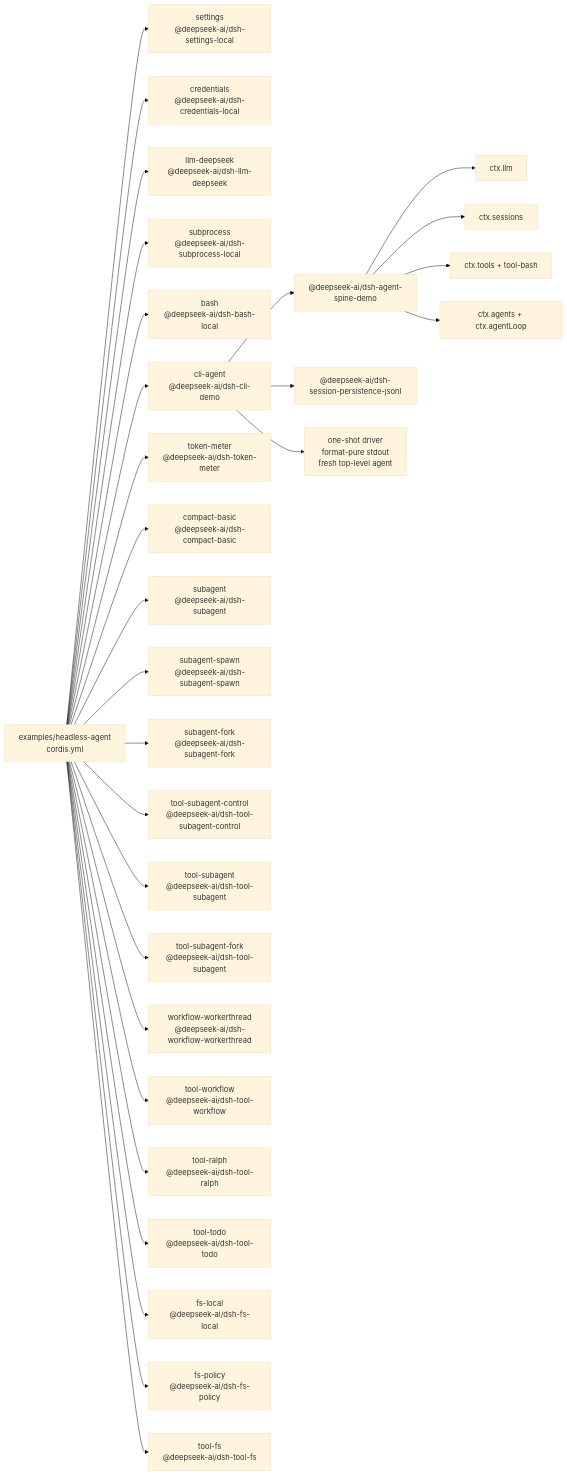
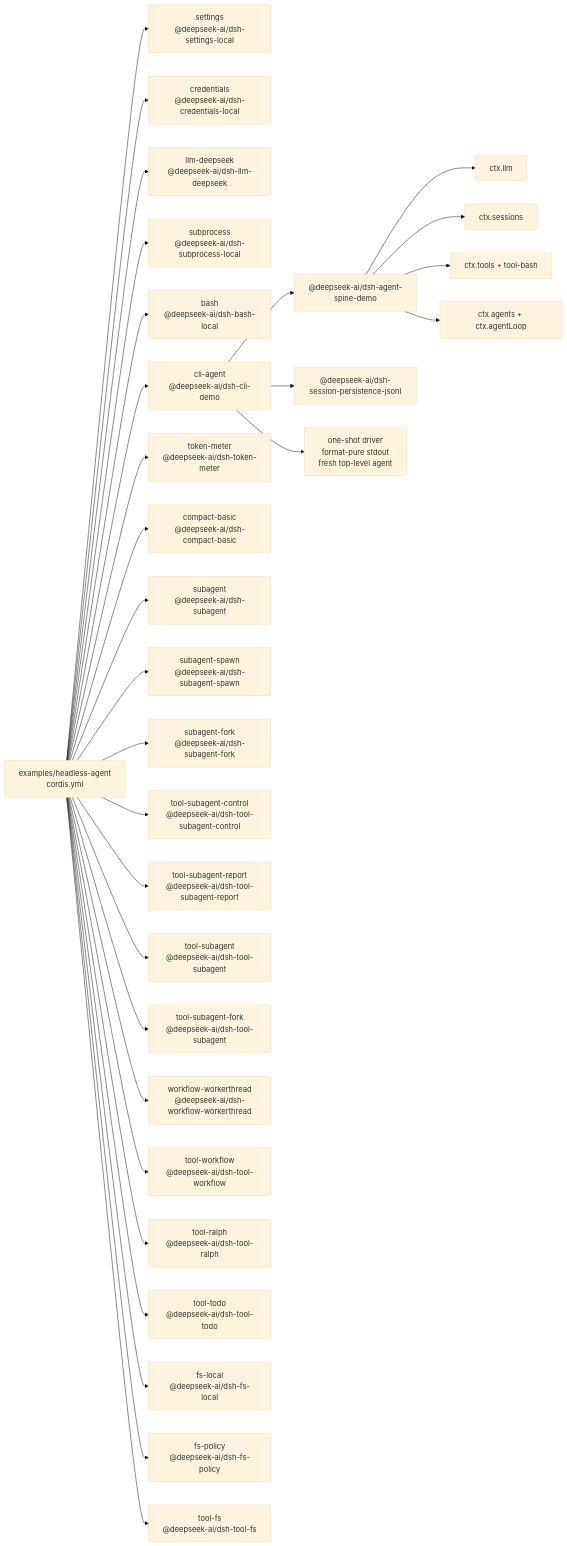
Before and after one commit to eru123/coco-harness: the diagram in examples/headless-agent/composition.md, drawn with Mermaid (base theme). The commit also changed other lines of this file and 388 other files, not shown here.

````diff
--- a/examples/headless-agent/composition.md
+++ b/examples/headless-agent/composition.md
@@ -8,53 +8,55 @@
 ```mermaid
 flowchart LR
   cfg["examples/headless-agent<br/>cordis.yml"]
   plugin_headless_settings["settings<br/>@deepseek-ai/dsh-settings-local"]
   cfg --> plugin_headless_settings
   plugin_headless_credentials["credentials<br/>@deepseek-ai/dsh-credentials-local"]
   cfg --> plugin_headless_credentials
   plugin_headless_llm_deepseek["llm-deepseek<br/>@deepseek-ai/dsh-llm-deepseek"]
   cfg --> plugin_headless_llm_deepseek
   plugin_headless_subprocess["subprocess<br/>@deepseek-ai/dsh-subprocess-local"]
   cfg --> plugin_headless_subprocess
   plugin_headless_bash["bash<br/>@deepseek-ai/dsh-bash-local"]
   cfg --> plugin_headless_bash
   plugin_headless_cli_agent["cli-agent<br/>@deepseek-ai/dsh-cli-demo"]
   cfg --> plugin_headless_cli_agent
   plugin_headless_cli_agent --> bundle_agent_core["@deepseek-ai/dsh-agent-spine-demo"]
   plugin_headless_cli_agent --> bundle_jsonl["@deepseek-ai/dsh-session-persistence-jsonl"]
   plugin_headless_cli_agent --> frontdoor_cli["one-shot driver<br/>format-pure stdout<br/>fresh top-level agent"]
   bundle_agent_core --> spine_llm["ctx.llm"]
   bundle_agent_core --> spine_sessions["ctx.sessions"]
   bundle_agent_core --> spine_tools["ctx.tools + tool-bash"]
   bundle_agent_core --> spine_loop["ctx.agents + ctx.agentLoop"]
   plugin_headless_token_meter["token-meter<br/>@deepseek-ai/dsh-token-meter"]
   cfg --> plugin_headless_token_meter
   plugin_headless_compact_basic["compact-basic<br/>@deepseek-ai/dsh-compact-basic"]
   cfg --> plugin_headless_compact_basic
   plugin_headless_subagent["subagent<br/>@deepseek-ai/dsh-subagent"]
   cfg --> plugin_headless_subagent
   plugin_headless_subagent_spawn["subagent-spawn<br/>@deepseek-ai/dsh-subagent-spawn"]
   cfg --> plugin_headless_subagent_spawn
   plugin_headless_subagent_fork["subagent-fork<br/>@deepseek-ai/dsh-subagent-fork"]
   cfg --> plugin_headless_subagent_fork
   plugin_headless_tool_subagent_control["tool-subagent-control<br/>@deepseek-ai/dsh-tool-subagent-control"]
   cfg --> plugin_headless_tool_subagent_control
+  plugin_headless_tool_subagent_report["tool-subagent-report<br/>@deepseek-ai/dsh-tool-subagent-report"]
+  cfg --> plugin_headless_tool_subagent_report
   plugin_headless_tool_subagent["tool-subagent<br/>@deepseek-ai/dsh-tool-subagent"]
   cfg --> plugin_headless_tool_subagent
   plugin_headless_tool_subagent_fork["tool-subagent-fork<br/>@deepseek-ai/dsh-tool-subagent"]
   cfg --> plugin_headless_tool_subagent_fork
   plugin_headless_workflow_workerthread["workflow-workerthread<br/>@deepseek-ai/dsh-workflow-workerthread"]
   cfg --> plugin_headless_workflow_workerthread
   plugin_headless_tool_workflow["tool-workflow<br/>@deepseek-ai/dsh-tool-workflow"]
   cfg --> plugin_headless_tool_workflow
   plugin_headless_tool_ralph["tool-ralph<br/>@deepseek-ai/dsh-tool-ralph"]
   cfg --> plugin_headless_tool_ralph
   plugin_headless_tool_todo["tool-todo<br/>@deepseek-ai/dsh-tool-todo"]
   cfg --> plugin_headless_tool_todo
   plugin_headless_fs_local["fs-local<br/>@deepseek-ai/dsh-fs-local"]
   cfg --> plugin_headless_fs_local
   plugin_headless_fs_policy["fs-policy<br/>@deepseek-ai/dsh-fs-policy"]
   cfg --> plugin_headless_fs_policy
   plugin_headless_tool_fs["tool-fs<br/>@deepseek-ai/dsh-tool-fs"]
   cfg --> plugin_headless_tool_fs
 ```
````
